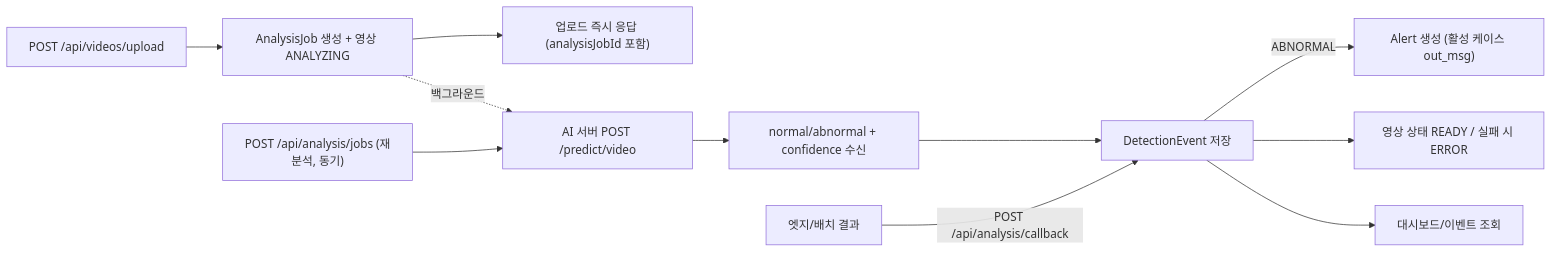
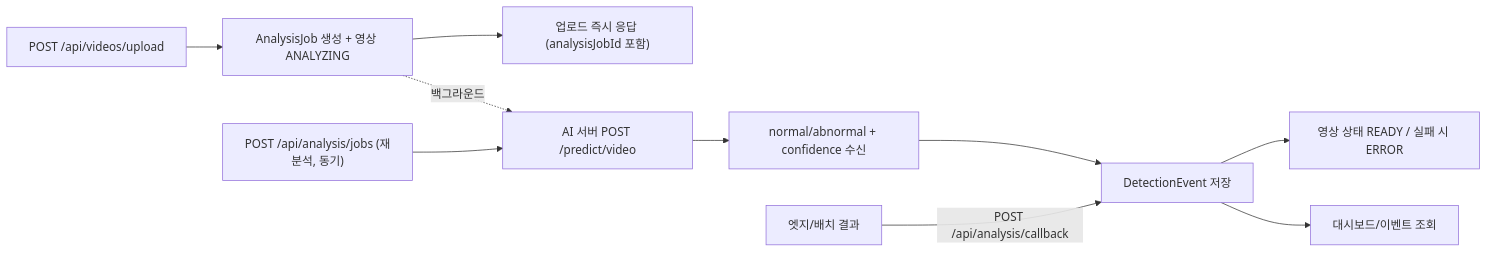
Before and after one commit to KiHyeonLee1121/APAP-test: the third of 4 diagrams in docs/architecture.md, drawn with Mermaid. The commit also changed other lines of this file and 6 other files, not shown here.

````diff
--- a/docs/architecture.md
+++ b/docs/architecture.md
@@ -69,13 +69,12 @@
 ```mermaid
 flowchart LR
     U["POST /api/videos/upload"] --> J["AnalysisJob 생성 + 영상 ANALYZING"]
     J --> R["업로드 즉시 응답 (analysisJobId 포함)"]
     J -.백그라운드.-> C["AI 서버 POST /predict/video"]
     B["POST /api/analysis/jobs (재분석, 동기)"] --> C
     C --> D["normal/abnormal + confidence 수신"]
     D --> E["DetectionEvent 저장"]
-    E -->|ABNORMAL| F["Alert 생성 (활성 케이스 out_msg)"]
     E --> S["영상 상태 READY / 실패 시 ERROR"]
     E --> G["대시보드/이벤트 조회"]
     H["엣지/배치 결과"] -->|POST /api/analysis/callback| E
 ```
````
